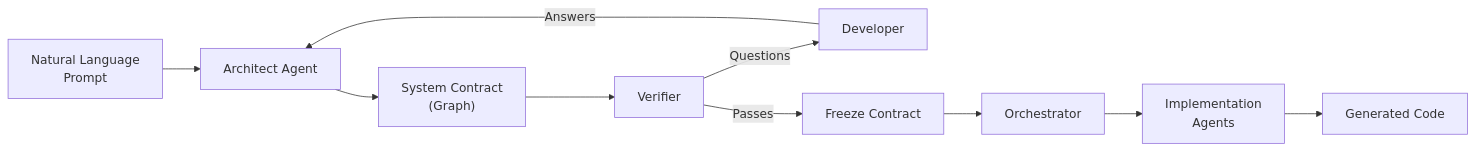
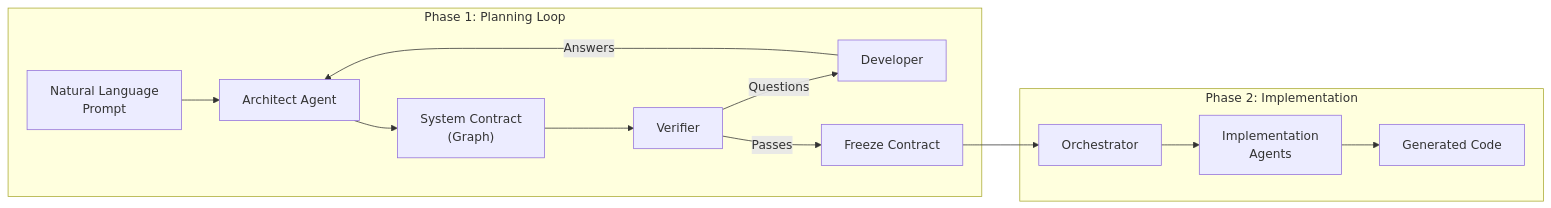
One commit to Ezimakyu/IterViz changed the diagram in README.md. Above: the diagram before and after it, drawn with Mermaid. The commit also changed other lines of this file, not shown here.

````diff
--- a/README.md
+++ b/README.md
@@ -13,12 +25,17 @@
 ```mermaid
 flowchart LR
-    Prompt["Natural Language\nPrompt"] --> Architect["Architect Agent"]
-    Architect --> Contract["System Contract\n(Graph)"]
-    Contract --> Verifier["Verifier"]
-    Verifier -->|Questions| Developer["Developer"]
-    Developer -->|Answers| Architect
-    Verifier -->|Passes| Freeze["Freeze Contract"]
-    Freeze --> Orchestrator["Orchestrator"]
-    Orchestrator --> Agents["Implementation\nAgents"]
-    Agents --> Code["Generated Code"]
+    subgraph Phase1 [Phase 1: Planning Loop]
+        Prompt["Natural Language\nPrompt"] --> Architect["Architect Agent"]
+        Architect --> Contract["System Contract\n(Graph)"]
+        Contract --> Verifier["Verifier"]
+        Verifier -->|Questions| Developer["Developer"]
+        Developer -->|Answers| Architect
+        Verifier -->|Passes| Freeze["Freeze Contract"]
+    end
+    
+    subgraph Phase2 [Phase 2: Implementation]
+        Freeze --> Orchestrator["Orchestrator"]
+        Orchestrator --> Agents["Implementation\nAgents"]
+        Agents --> Code["Generated Code"]
+    end
 ```
````
